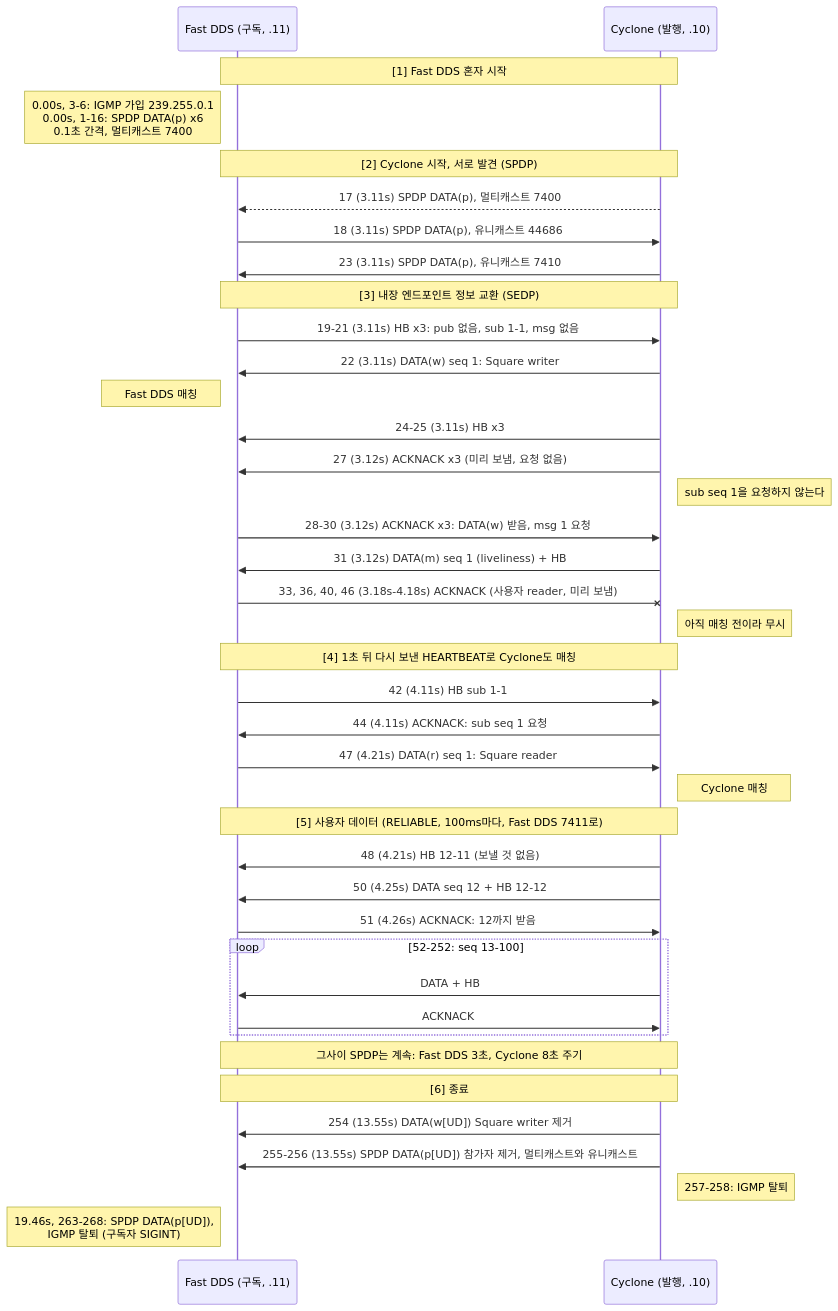
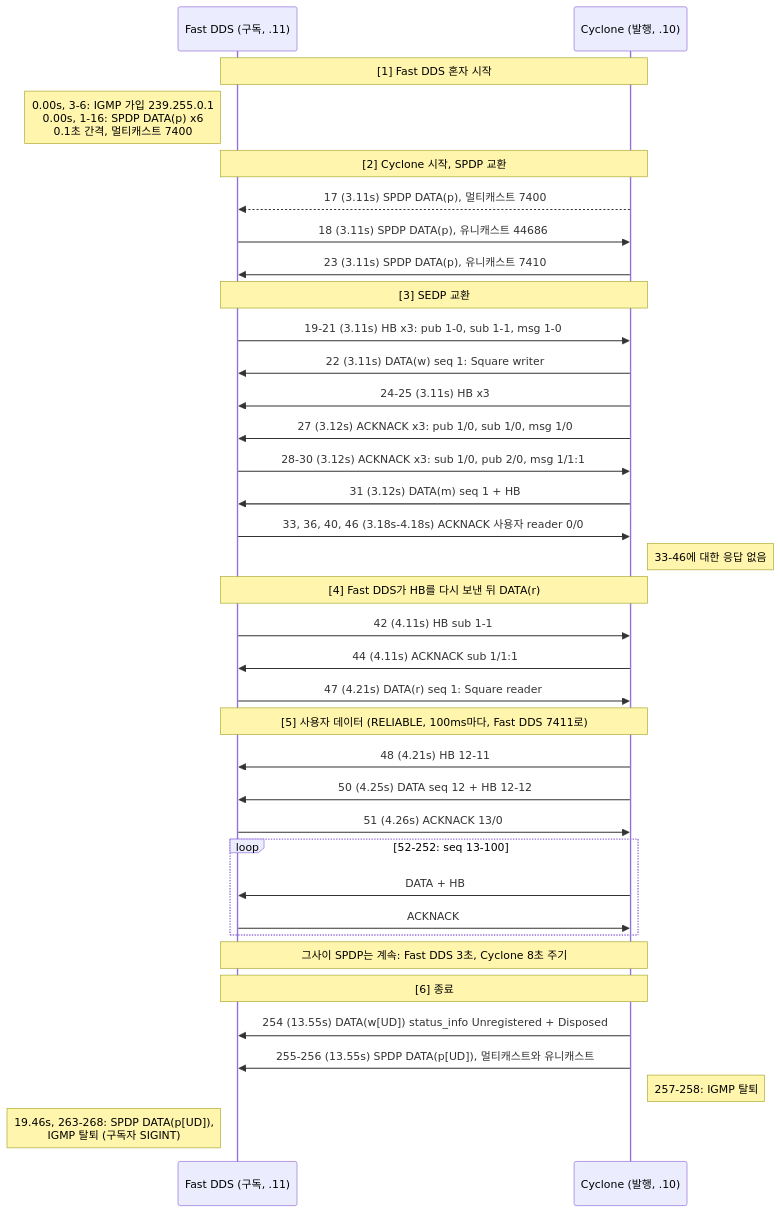
One commit to danielhongwoo/mdds changed the first of 2 diagrams in tests/captures/phase00/README.md. Above: the diagram before and after it, drawn with Mermaid. The commit also changed other lines of this file and 7 other files, not shown here.

````diff
--- a/tests/captures/phase00/README.md
+++ b/tests/captures/phase00/README.md
@@ -36,47 +36,44 @@
 ```mermaid
 sequenceDiagram
     participant F as Fast DDS (구독, .11)
     participant C as Cyclone (발행, .10)
 
     Note over F,C: [1] Fast DDS 혼자 시작
     Note left of F: 0.00s, 3-6: IGMP 가입 239.255.0.1<br/>0.00s, 1-16: SPDP DATA(p) x6<br/>0.1초 간격, 멀티캐스트 7400
 
-    Note over F,C: [2] Cyclone 시작, 서로 발견 (SPDP)
+    Note over F,C: [2] Cyclone 시작, SPDP 교환
     C-->>F: 17 (3.11s) SPDP DATA(p), 멀티캐스트 7400
     F->>C: 18 (3.11s) SPDP DATA(p), 유니캐스트 44686
     C->>F: 23 (3.11s) SPDP DATA(p), 유니캐스트 7410
 
-    Note over F,C: [3] 내장 엔드포인트 정보 교환 (SEDP)
-    F->>C: 19-21 (3.11s) HB x3: pub 없음, sub 1-1, msg 없음
+    Note over F,C: [3] SEDP 교환
+    F->>C: 19-21 (3.11s) HB x3: pub 1-0, sub 1-1, msg 1-0
     C->>F: 22 (3.11s) DATA(w) seq 1: Square writer
-    Note left of F: Fast DDS 매칭
     C->>F: 24-25 (3.11s) HB x3
-    C->>F: 27 (3.12s) ACKNACK x3 (미리 보냄, 요청 없음)
-    Note right of C: sub seq 1을 요청하지 않는다
-    F->>C: 28-30 (3.12s) ACKNACK x3: DATA(w) 받음, msg 1 요청
-    C->>F: 31 (3.12s) DATA(m) seq 1 (liveliness) + HB
-    F-xC: 33, 36, 40, 46 (3.18s-4.18s) ACKNACK (사용자 reader, 미리 보냄)
-    Note right of C: 아직 매칭 전이라 무시
+    C->>F: 27 (3.12s) ACKNACK x3: pub 1/0, sub 1/0, msg 1/0
+    F->>C: 28-30 (3.12s) ACKNACK x3: sub 1/0, pub 2/0, msg 1/1:1
+    C->>F: 31 (3.12s) DATA(m) seq 1 + HB
+    F->>C: 33, 36, 40, 46 (3.18s-4.18s) ACKNACK 사용자 reader 0/0
+    Note right of C: 33-46에 대한 응답 없음
 
-    Note over F,C: [4] 1초 뒤 다시 보낸 HEARTBEAT로 Cyclone도 매칭
+    Note over F,C: [4] Fast DDS가 HB를 다시 보낸 뒤 DATA(r)
     F->>C: 42 (4.11s) HB sub 1-1
-    C->>F: 44 (4.11s) ACKNACK: sub seq 1 요청
+    C->>F: 44 (4.11s) ACKNACK sub 1/1:1
     F->>C: 47 (4.21s) DATA(r) seq 1: Square reader
-    Note right of C: Cyclone 매칭
 
     Note over F,C: [5] 사용자 데이터 (RELIABLE, 100ms마다, Fast DDS 7411로)
-    C->>F: 48 (4.21s) HB 12-11 (보낼 것 없음)
+    C->>F: 48 (4.21s) HB 12-11
     C->>F: 50 (4.25s) DATA seq 12 + HB 12-12
-    F->>C: 51 (4.26s) ACKNACK: 12까지 받음
+    F->>C: 51 (4.26s) ACKNACK 13/0
     loop 52-252: seq 13-100
         C->>F: DATA + HB
         F->>C: ACKNACK
     end
     Note over F,C: 그사이 SPDP는 계속: Fast DDS 3초, Cyclone 8초 주기
 
     Note over F,C: [6] 종료
-    C->>F: 254 (13.55s) DATA(w[UD]) Square writer 제거
-    C->>F: 255-256 (13.55s) SPDP DATA(p[UD]) 참가자 제거, 멀티캐스트와 유니캐스트
+    C->>F: 254 (13.55s) DATA(w[UD]) status_info Unregistered + Disposed
+    C->>F: 255-256 (13.55s) SPDP DATA(p[UD]), 멀티캐스트와 유니캐스트
     Note right of C: 257-258: IGMP 탈퇴
     Note left of F: 19.46s, 263-268: SPDP DATA(p[UD]),<br/>IGMP 탈퇴 (구독자 SIGINT)
 ```
````
